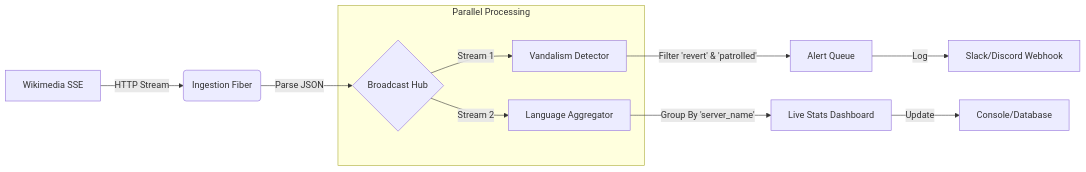
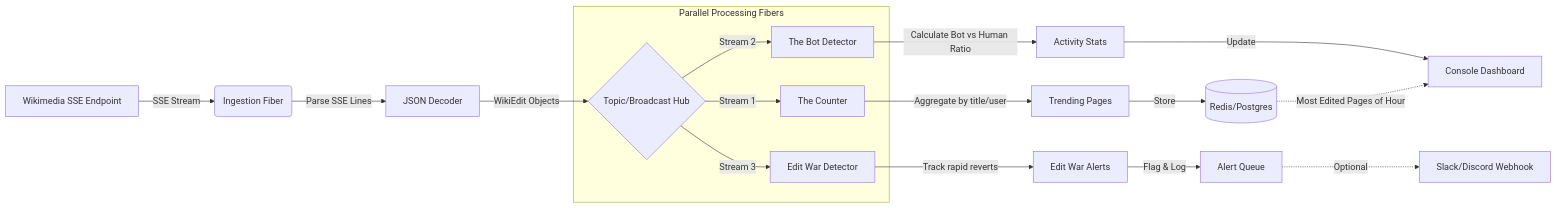
Before and after one commit to peterDijk/wikipedia-edit-war-monitor: the diagram in README.md, drawn with Mermaid. The commit also changed other lines of this file and 1 other file, not shown here.

Commit message:
updated arch components and diagram

````diff
--- a/README.md
+++ b/README.md
@@ -23,16 +37,23 @@
 ```mermaid
 graph LR
-    A[Wikimedia SSE] -->|HTTP Stream| B(Ingestion Fiber)
-    B -->|Parse JSON| C{Broadcast Hub}
+    A[Wikimedia SSE Endpoint] -->|SSE Stream| B(Ingestion Fiber)
+    B -->|Parse SSE Lines| C[JSON Decoder]
+    C -->|WikiEdit Objects| D{Topic/Broadcast Hub}
 
-    subgraph "Parallel Processing"
-    C -->|Stream 1| D[Vandalism Detector]
-    C -->|Stream 2| E[Language Aggregator]
+    subgraph "Parallel Processing Fibers"
+    D -->|Stream 1| E[The Counter]
+    D -->|Stream 2| F[The Bot Detector]
+    D -->|Stream 3| G[Edit War Detector]
     end
 
-    D -->|Filter 'revert' & 'patrolled'| F[Alert Queue]
-    E -->|Group By 'server_name'| G[Live Stats Dashboard]
+    E -->|Aggregate by title/user| H[Trending Pages]
+    F -->|Calculate Bot vs Human Ratio| I[Activity Stats]
+    G -->|Track rapid reverts| J[Edit War Alerts]
 
-    F -->|Log| H[Slack/Discord Webhook]
-    G -->|Update| I[Console/Database]
+    H -->|Store| K[(Redis/Postgres)]
+    I -->|Update| L[Console Dashboard]
+    J -->|Flag & Log| M[Alert Queue]
+
+    K -.->|Most Edited Pages of Hour| L
+    M -.->|Optional| N[Slack/Discord Webhook]
 ```
````
